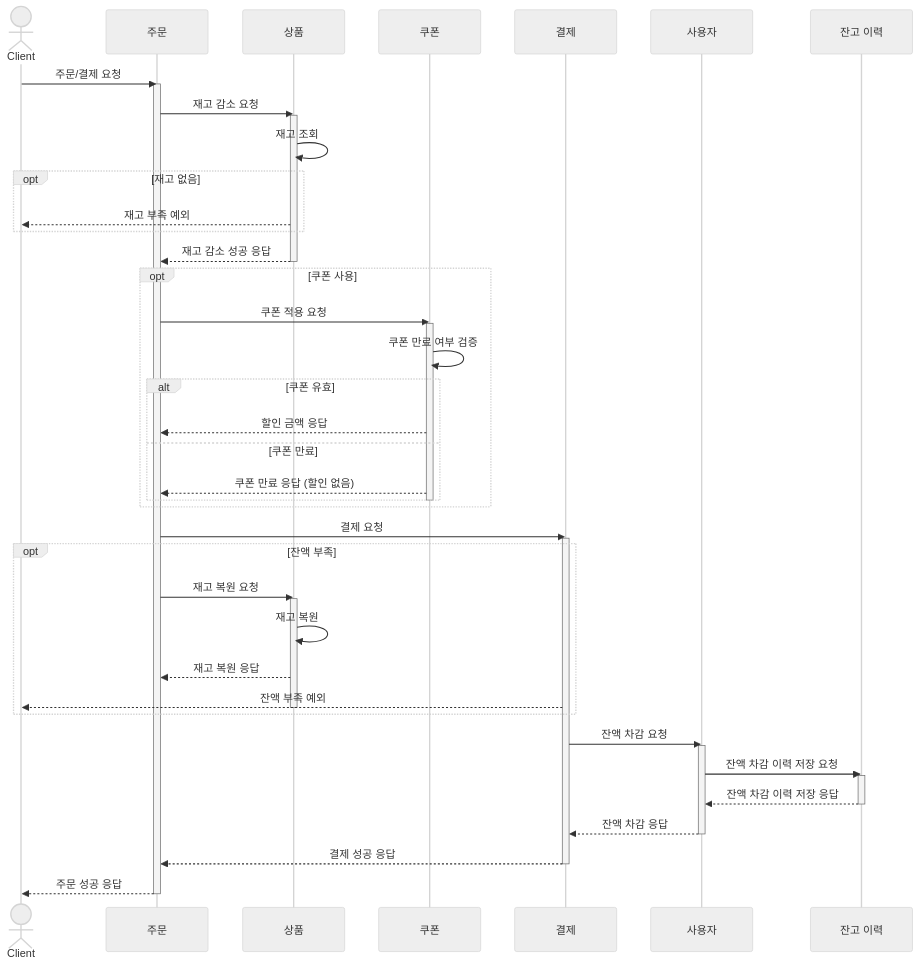
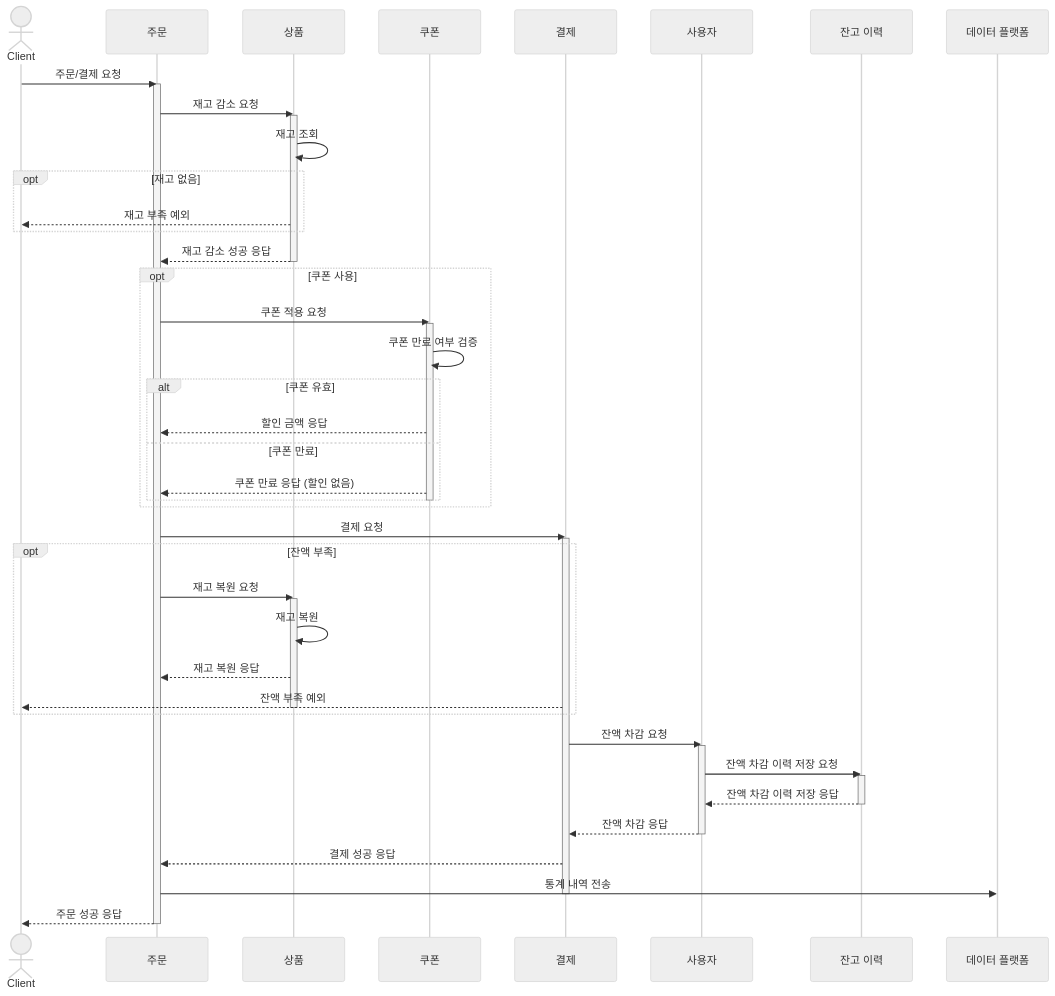
One commit to najang/hhplus_e-commerce changed the third of 3 diagrams in docs/sequenceDiagram.md. Above: the diagram before and after it, drawn with Mermaid (neutral theme).

Commit message:
[docs] 시퀀스 다이어그램 수정 - 주문 및 결제 완료: 데이터 플랫폼 추가

````diff
--- a/docs/sequenceDiagram.md
+++ b/docs/sequenceDiagram.md
@@ -63,66 +63,70 @@
 ```mermaid
 sequenceDiagram
     actor Client
     participant 주문
     participant 상품
     participant 쿠폰
     participant 결제
     participant 사용자
     participant 잔고 이력
+    participant 데이터 플랫폼
 
     Client->>주문: 주문/결제 요청
 
     activate 주문
     주문->>상품: 재고 감소 요청
 
     activate 상품
     상품->>상품: 재고 조회
 
     opt 재고 없음
         상품-->>Client: 재고 부족 예외
     end
 
     상품-->>주문: 재고 감소 성공 응답
     deactivate 상품
 
     opt 쿠폰 사용
         주문->>쿠폰: 쿠폰 적용 요청
         activate 쿠폰
         쿠폰->>쿠폰: 쿠폰 만료 여부 검증
 
         alt 쿠폰 유효
             쿠폰-->>주문: 할인 금액 응답
         else 쿠폰 만료
             쿠폰-->>주문: 쿠폰 만료 응답 (할인 없음)
         end
         deactivate 쿠폰
     end
 
     주문->>결제: 결제 요청
     activate 결제
 
     opt 잔액 부족
         주문->>상품: 재고 복원 요청
         activate 상품
         상품->>상품:재고 복원
         상품-->>주문: 재고 복원 응답
         결제-->>Client: 잔액 부족 예외
         deactivate 상품
     end        
 
     결제->>사용자: 잔액 차감 요청
     activate 사용자
     
     사용자->>잔고 이력: 잔액 차감 이력 저장 요청
     activate 잔고 이력
     잔고 이력-->>사용자: 잔액 차감 이력 저장 응답
     deactivate 잔고 이력
     
     사용자-->>결제: 잔액 차감 응답
     deactivate 사용자
 
     결제-->>주문: 결제 성공 응답
+
+    주문->>데이터 플랫폼: 통계 내역 전송
+
     deactivate 결제
     주문-->>Client: 주문 성공 응답
     deactivate 주문
 ```
````
